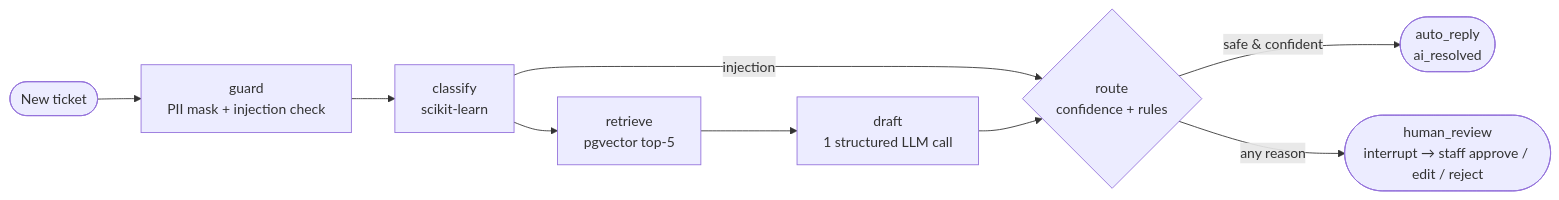
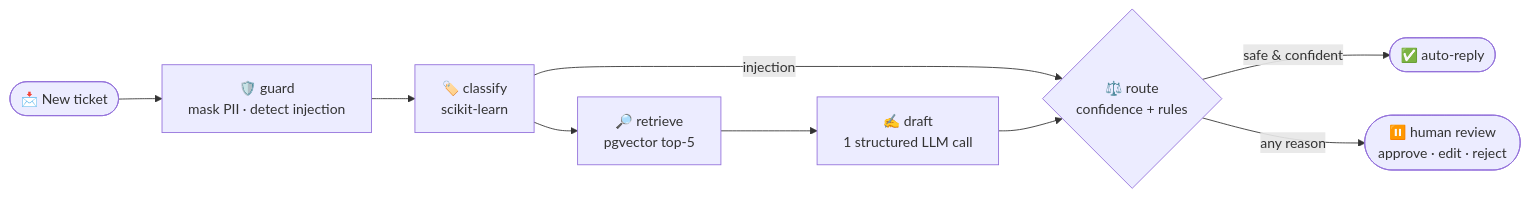
One commit to samrth504/Support_Genie changed the first of 2 diagrams in README.md. Above: the diagram before and after it, drawn with Mermaid. The commit also changed other lines of this file, not shown here.

````diff
--- a/README.md
+++ b/README.md
@@ -39,11 +113,11 @@
 ```mermaid
 flowchart LR
-    S([New ticket]) --> G[guard<br/>PII mask + injection check]
-    G --> C[classify<br/>scikit-learn]
+    S([📩 New ticket]) --> G["🛡️ guard<br/>mask PII · detect injection"]
+    G --> C["🏷️ classify<br/>scikit-learn"]
     C -->|injection| R
-    C --> RT[retrieve<br/>pgvector top-5]
-    RT --> D[draft<br/>1 structured LLM call]
-    D --> R{route<br/>confidence + rules}
-    R -->|safe & confident| A([auto_reply<br/>ai_resolved])
-    R -->|any reason| H([human_review<br/>interrupt → staff approve / edit / reject])
+    C --> RT["🔎 retrieve<br/>pgvector top-5"]
+    RT --> D["✍️ draft<br/>1 structured LLM call"]
+    D --> R{"⚖️ route<br/>confidence + rules"}
+    R -->|safe & confident| A(["✅ auto-reply"])
+    R -->|any reason| H(["⏸️ human review<br/>approve · edit · reject"])
 ```
````
